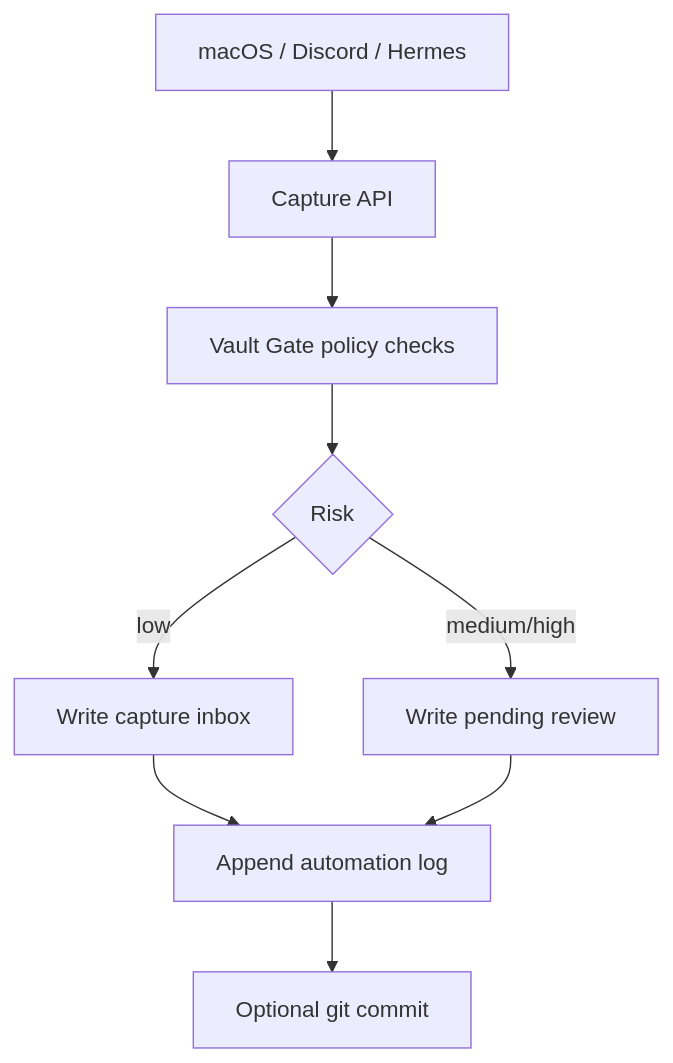
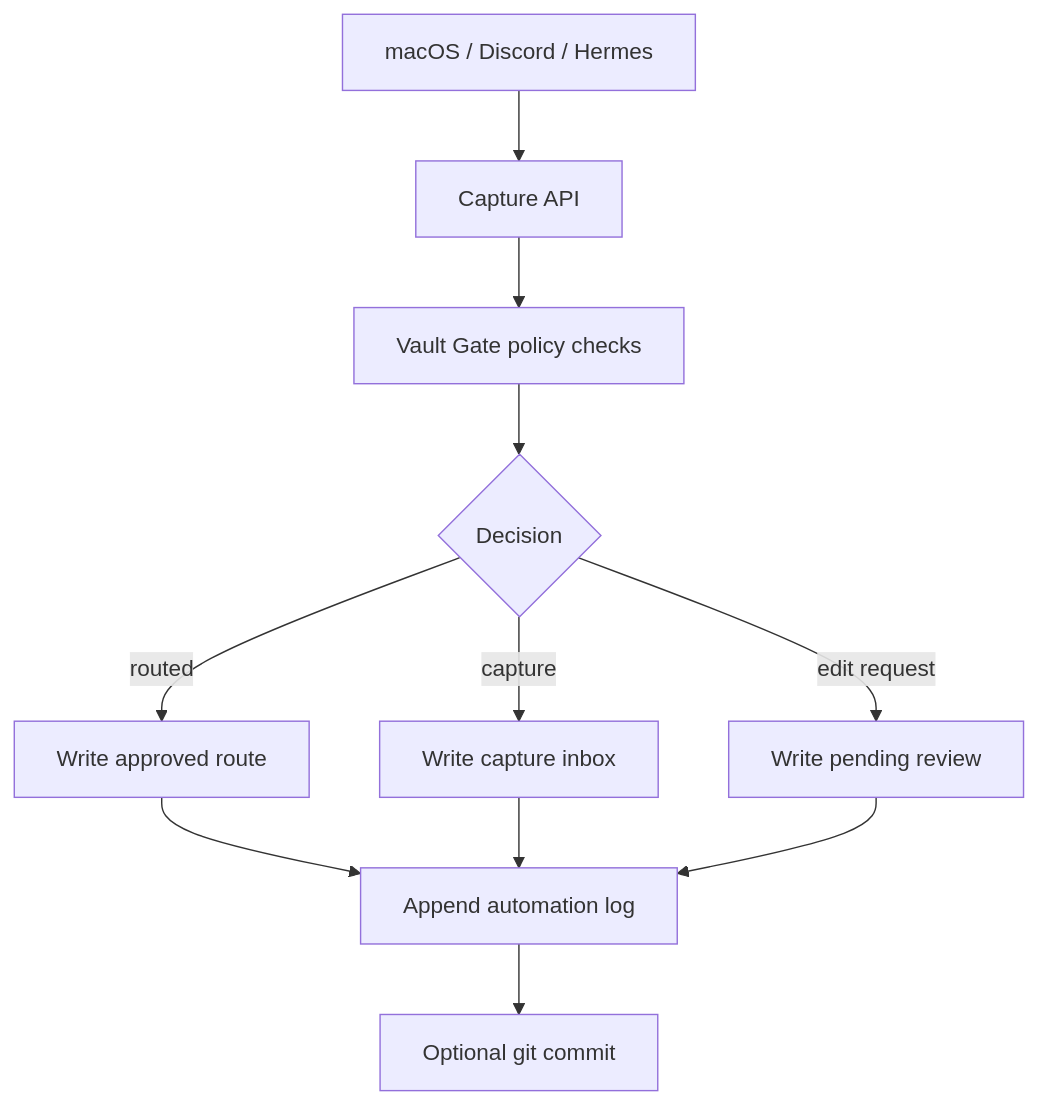
One commit to alexli-77/Leon-knowledgeBase-template changed the diagram in optional/vault-gate/README.md. Above: the diagram before and after it, drawn with Mermaid. The commit also changed other lines of this file and 6 other files, not shown here.

Commit message:
feat(vault-gate): add routed write endpoint

````diff
--- a/optional/vault-gate/README.md
+++ b/optional/vault-gate/README.md
@@ -14,11 +16,13 @@
 ```mermaid
 flowchart TD
   A["macOS / Discord / Hermes"] --> B["Capture API"]
   B --> C["Vault Gate policy checks"]
-  C --> D{"Risk"}
-  D -->|"low"| E["Write capture inbox"]
-  D -->|"medium/high"| F["Write pending review"]
+  C --> D{"Decision"}
+  D -->|"routed"| E["Write approved route"]
+  D -->|"capture"| F["Write capture inbox"]
+  D -->|"edit request"| I["Write pending review"]
   E --> G["Append automation log"]
   F --> G
+  I --> G
   G --> H["Optional git commit"]
 ```
````
